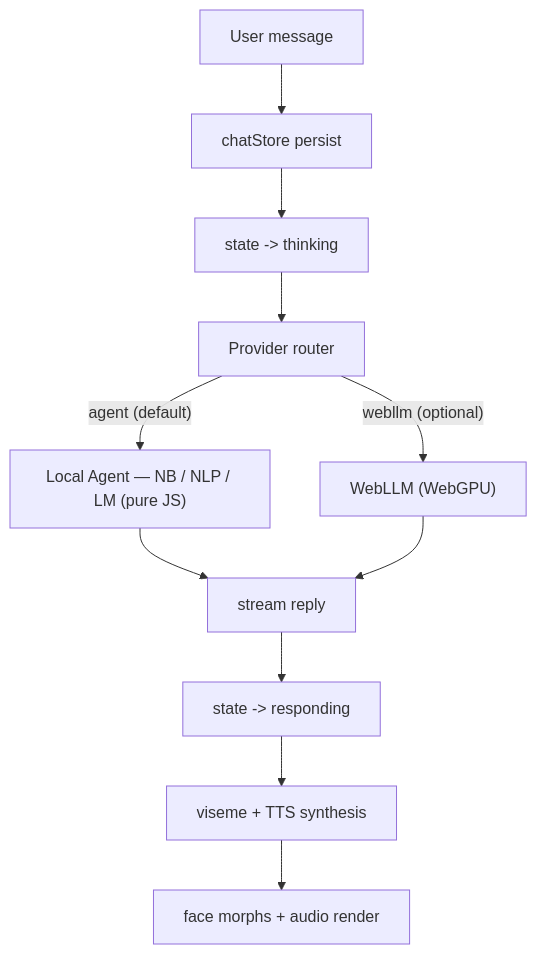
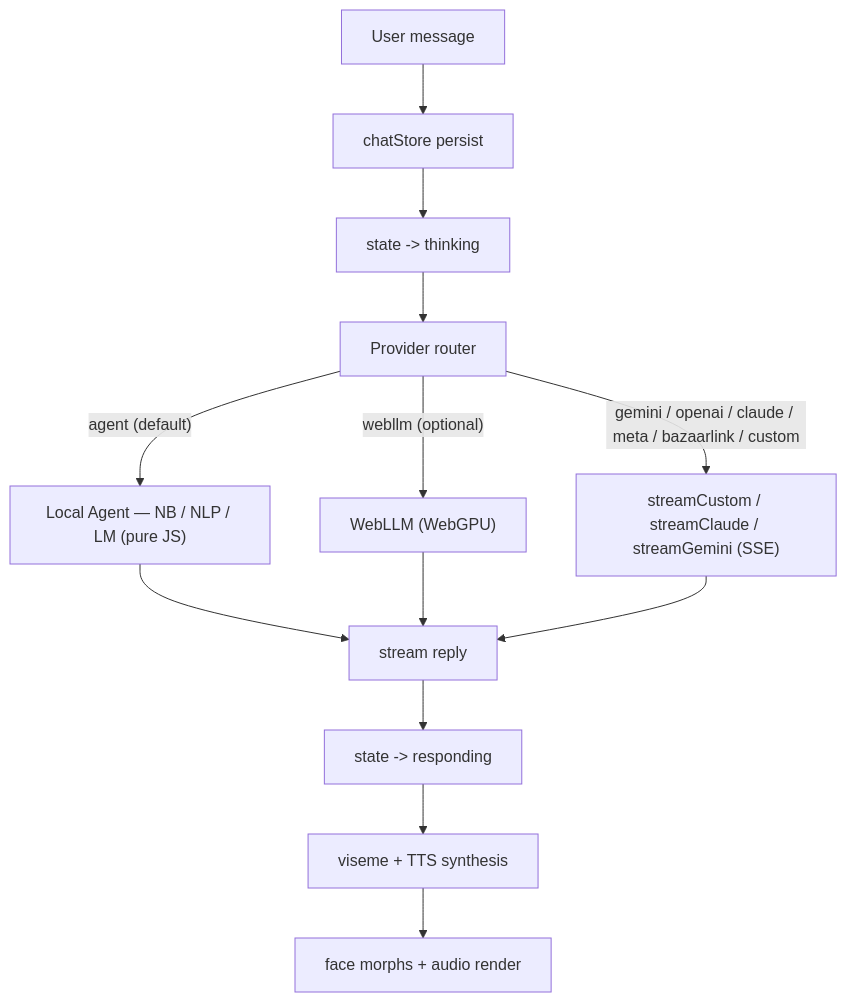
The diagram in README.md (sh0-dax/Morphius), drawn with Mermaid before and after one commit. The commit also changed other lines of this file and 9 other files, not shown here.

First line of the commit message:
Restore cloud API providers (Gemini/OpenAI/Claude/Meta/BazaarLink/Ollama/Custom) v7.3.0

````diff
--- a/README.md
+++ b/README.md
@@ -59,13 +59,15 @@
 ```mermaid
 graph TD
     A["User message"] --> B["chatStore persist"]
     B --> C["state -> thinking"]
     C --> D["Provider router"]
     D -->|"agent (default)"| E["Local Agent — NB / NLP / LM (pure JS)"]
     D -->|"webllm (optional)"| F["WebLLM (WebGPU)"]
+    D -->|"gemini / openai / claude / meta / bazaarlink / custom"| F2["streamCustom / streamClaude / streamGemini (SSE)"]
     E --> G["stream reply"]
     F --> G
+    F2 --> G
     G --> H["state -> responding"]
     H --> I["viseme + TTS synthesis"]
     I --> J["face morphs + audio render"]
 ```
````
